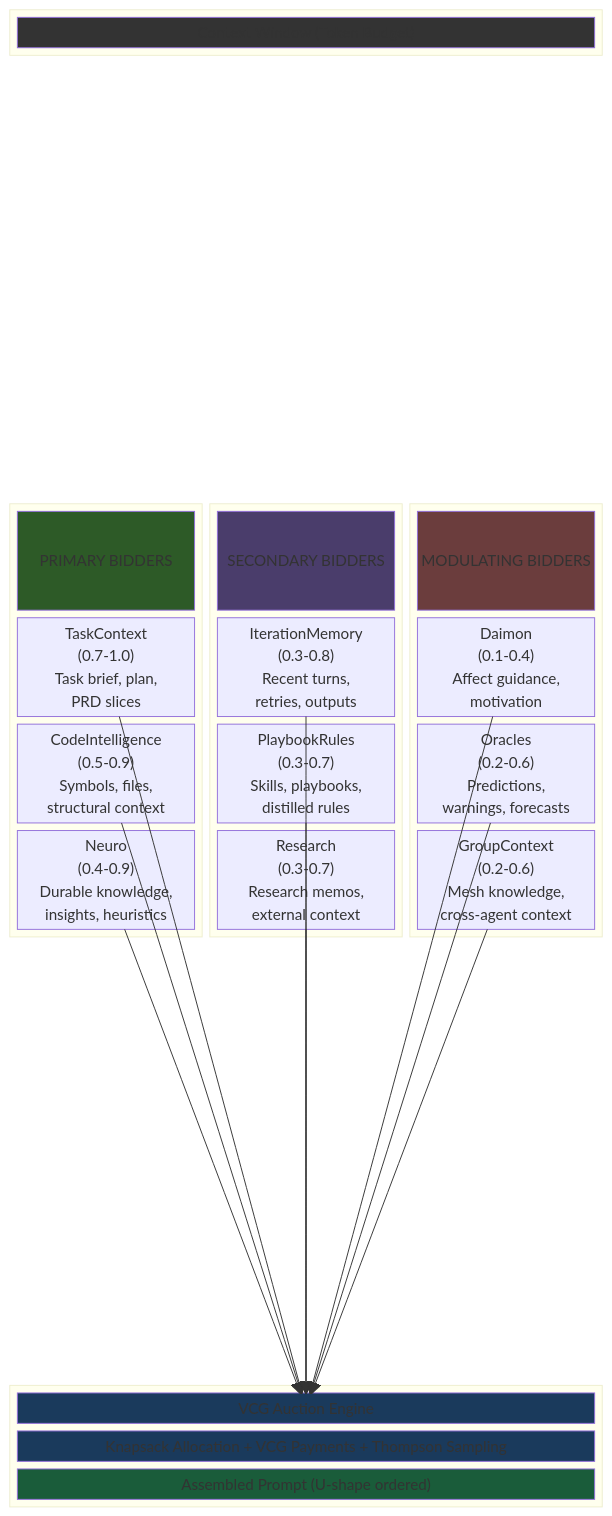
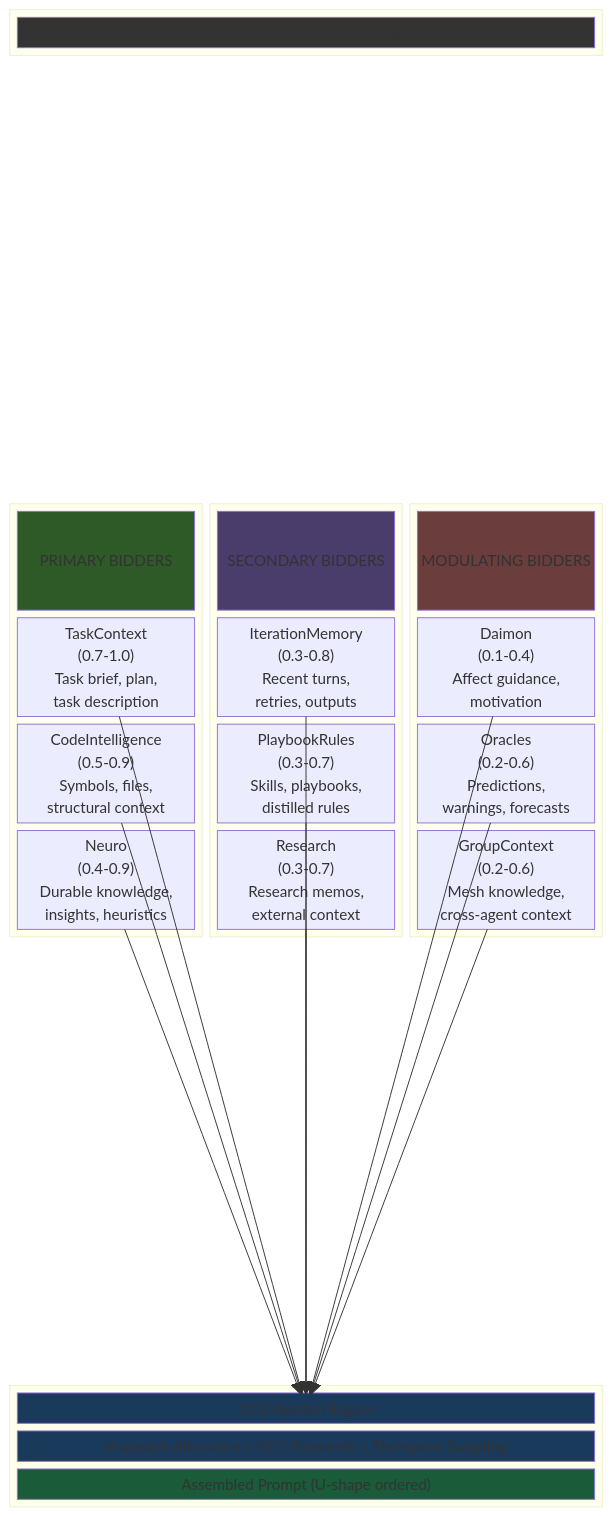
One commit to wpank/roko changed the fifth of 5 diagrams in docs/v3/06-COMPOSITION.md. Above: the diagram before and after it, drawn with Mermaid. The commit also changed other lines of this file and 11 other files, not shown here.

````diff
--- a/docs/v3/06-COMPOSITION.md
+++ b/docs/v3/06-COMPOSITION.md
@@ -1146,62 +1142,62 @@
 ```mermaid
 block-beta
   columns 3
 
   block:header:3
     columns 3
     H["Context Window (Token Budget)"]
   end
 
   space:3
 
   block:primary:1
     columns 1
     P["PRIMARY BIDDERS"]
-    TC["TaskContext\n(0.7-1.0)\nTask brief, plan,\nPRD slices"]
+    TC["TaskContext\n(0.7-1.0)\nTask brief, plan,\ntask description"]
     CI["CodeIntelligence\n(0.5-0.9)\nSymbols, files,\nstructural context"]
     N["Neuro\n(0.4-0.9)\nDurable knowledge,\ninsights, heuristics"]
   end
 
   block:secondary:1
     columns 1
     S["SECONDARY BIDDERS"]
     IM["IterationMemory\n(0.3-0.8)\nRecent turns,\nretries, outputs"]
     PB["PlaybookRules\n(0.3-0.7)\nSkills, playbooks,\ndistilled rules"]
     R["Research\n(0.3-0.7)\nResearch memos,\nexternal context"]
   end
 
   block:modulating:1
     columns 1
     M["MODULATING BIDDERS"]
     D["Daimon\n(0.1-0.4)\nAffect guidance,\nmotivation"]
     O["Oracles\n(0.2-0.6)\nPredictions,\nwarnings, forecasts"]
     GC["GroupContext\n(0.2-0.6)\nMesh knowledge,\ncross-agent context"]
   end
 
   space:3
 
   block:auction:3
     columns 1
     VCG["VCG Auction Engine"]
     ALLOC["Knapsack Allocation + VCG Payments + Thompson Sampling"]
     OUT["Assembled Prompt (U-shape ordered)"]
   end
 
   TC --> VCG
   CI --> VCG
   N --> VCG
   IM --> VCG
   PB --> VCG
   R --> VCG
   D --> VCG
   O --> VCG
   GC --> VCG
 
   style P fill:#2d5a27,color:#fff
   style S fill:#4a3d6b,color:#fff
   style M fill:#6b3d3d,color:#fff
   style VCG fill:#1a3a5c,color:#fff
   style ALLOC fill:#1a3a5c,color:#fff
   style OUT fill:#1a5c3a,color:#fff
   style H fill:#333,color:#fff
 ```
````
